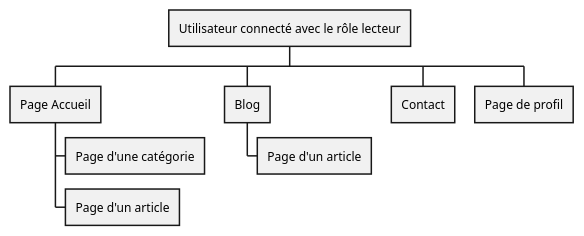
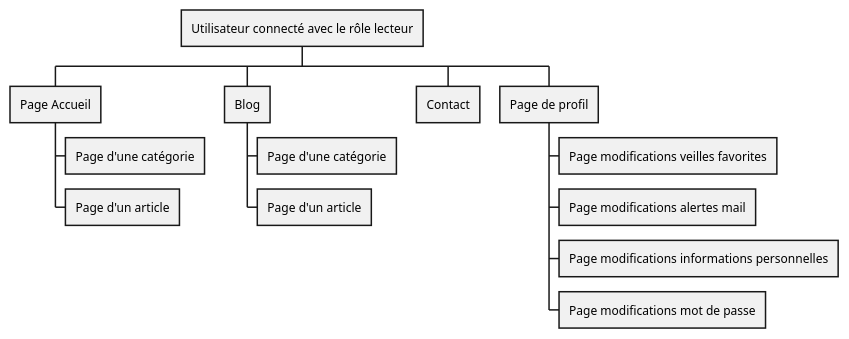
One commit to SylvainGUERRIN/front2back changed the diagram in docs/uml/roles/lecteur.puml. Above: the diagram before and after it, drawn with PlantUML. The commit also changed 3 other files, not shown here.

```diff
--- a/docs/uml/roles/lecteur.puml
+++ b/docs/uml/roles/lecteur.puml
@@ -1,10 +1,15 @@
 @startwbs
 + Utilisateur connecté avec le rôle lecteur
 ++ Page Accueil
 +++ Page d'une catégorie
 +++ Page d'un article
 ++ Blog
++++ Page d'une catégorie
 +++ Page d'un article
 ++ Contact
 ++ Page de profil
++++ Page modifications veilles favorites
++++ Page modifications alertes mail
++++ Page modifications informations personnelles
++++ Page modifications mot de passe
 @endwbs
```
